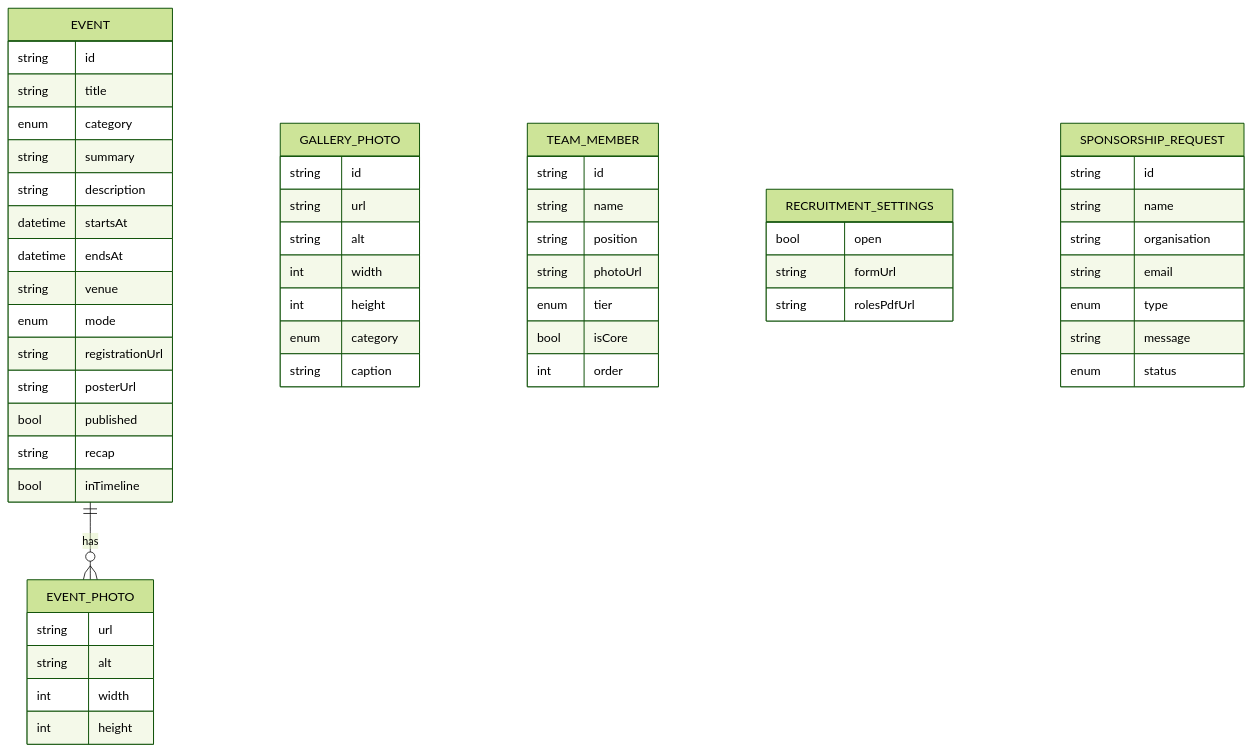
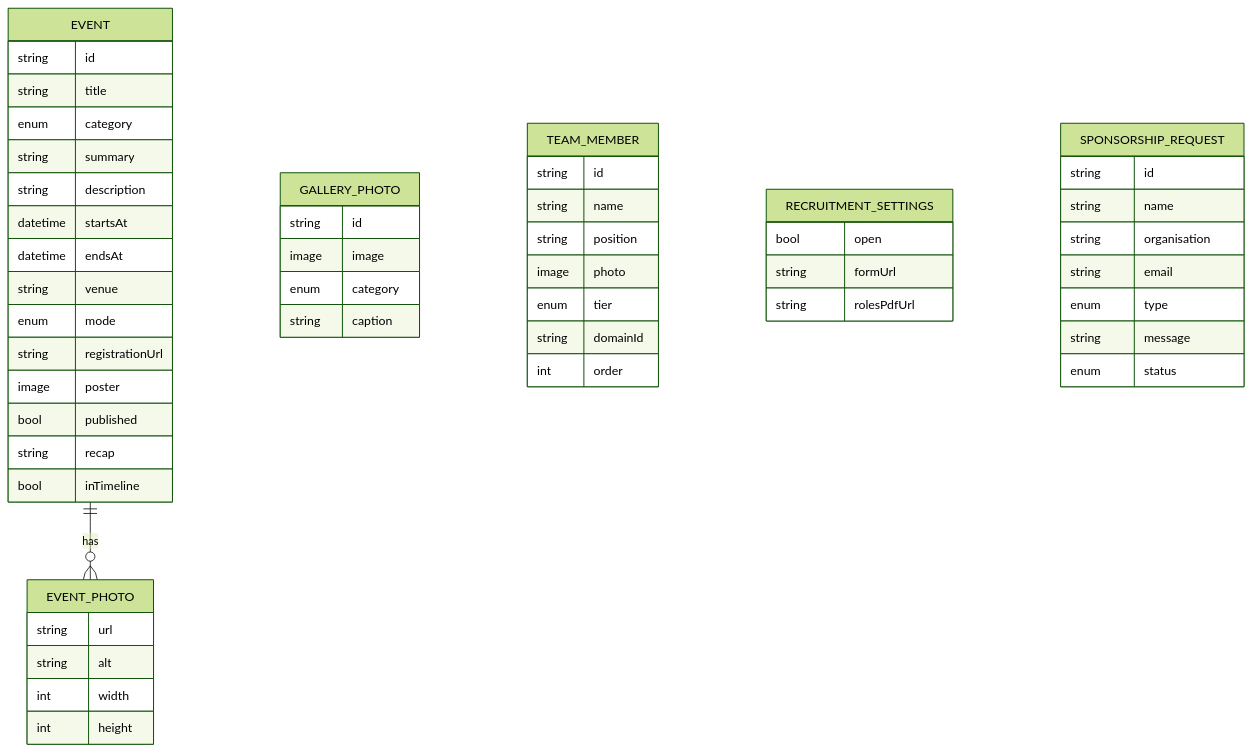
One commit to THEProgrammingGod69/SIG_Reality_Spectra-ARVR- changed the second of 5 diagrams in docs/ARCHITECTURE.md. Above: the diagram before and after it, drawn with Mermaid (forest theme). The commit also changed other lines of this file and 67 other files, not shown here.

````diff
--- a/docs/ARCHITECTURE.md
+++ b/docs/ARCHITECTURE.md
@@ -101,58 +105,55 @@
 ```mermaid
 erDiagram
   EVENT ||--o{ EVENT_PHOTO : has
   EVENT {
     string id
     string title
     enum category
     string summary
     string description
     datetime startsAt
     datetime endsAt
     string venue
     enum mode
     string registrationUrl
-    string posterUrl
+    image poster
     bool published
     string recap
     bool inTimeline
   }
   EVENT_PHOTO {
     string url
     string alt
     int width
     int height
   }
   GALLERY_PHOTO {
     string id
-    string url
-    string alt
-    int width
-    int height
+    image image
     enum category
     string caption
   }
   TEAM_MEMBER {
     string id
     string name
     string position
-    string photoUrl
+    image photo
     enum tier
-    bool isCore
+    string domainId
     int order
   }
   RECRUITMENT_SETTINGS {
     bool open
     string formUrl
     string rolesPdfUrl
   }
   SPONSORSHIP_REQUEST {
     string id
     string name
     string organisation
     string email
     enum type
     string message
     enum status
   }
 ```
````
